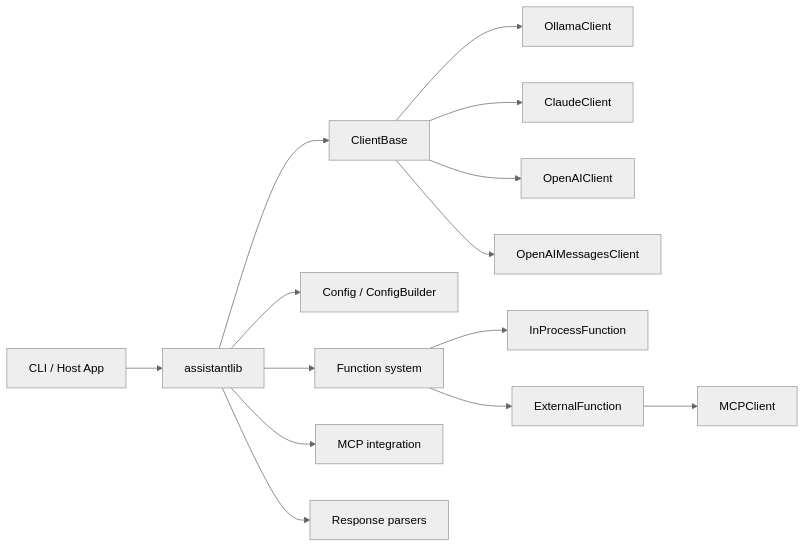
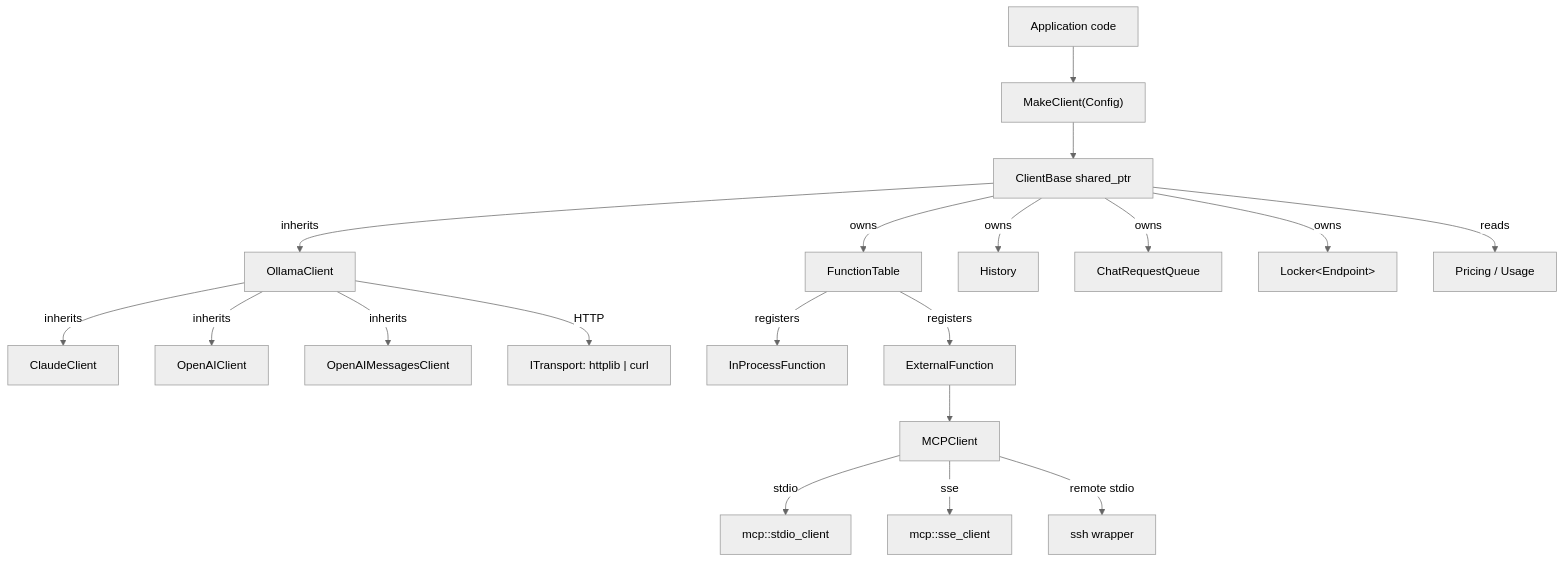
The first of 4 diagrams in .agents/summary/architecture.md (eranif/assistant), drawn with Mermaid (neutral theme) before and after one commit. The commit also changed other lines of this file and 9 other files, not shown here.

````diff
--- a/.agents/summary/architecture.md
+++ b/.agents/summary/architecture.md
@@ -7,18 +10,24 @@
 ```mermaid
-flowchart LR
-  App[CLI / Host App] --> Core[assistantlib]
-  Core --> ClientBase[ClientBase]
-  Core --> Config[Config / ConfigBuilder]
-  Core --> Funcs[Function system]
-  Core --> MCP[MCP integration]
-  Core --> Parsers[Response parsers]
+flowchart TB
+  App[Application code] --> Factory["MakeClient(Config)"]
+  Factory --> Client[ClientBase shared_ptr]
+  Client -->|inherits| Ollama[OllamaClient]
+  Ollama -->|inherits| Claude[ClaudeClient]
+  Ollama -->|inherits| OpenAI[OpenAIClient]
+  Ollama -->|inherits| OpenAIMsg[OpenAIMessagesClient]
 
-  ClientBase --> Ollama[OllamaClient]
-  ClientBase --> Claude[ClaudeClient]
-  ClientBase --> OpenAI[OpenAIClient]
-  ClientBase --> OpenAIMsg[OpenAIMessagesClient]
+  Client -->|owns| FT[FunctionTable]
+  Client -->|owns| Hist[History]
+  Client -->|owns| Q[ChatRequestQueue]
+  Client -->|owns| EP["Locker&lt;Endpoint&gt;"]
+  Client -->|reads| Pricing[Pricing / Usage]
 
-  Funcs --> InProc[InProcessFunction]
-  Funcs --> Ext[ExternalFunction]
-  Ext --> MCPClient[MCPClient]
+  FT -->|registers| InProc[InProcessFunction]
+  FT -->|registers| External[ExternalFunction]
+  External --> MCP[MCPClient]
+  MCP -->|stdio| StdioImpl[mcp::stdio_client]
+  MCP -->|sse| SSEImpl[mcp::sse_client]
+  MCP -->|remote stdio| SSH[ssh wrapper]
+
+  Ollama -->|HTTP| Transport["ITransport: httplib | curl"]
 ```
````
